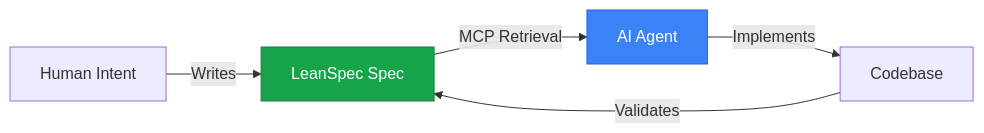
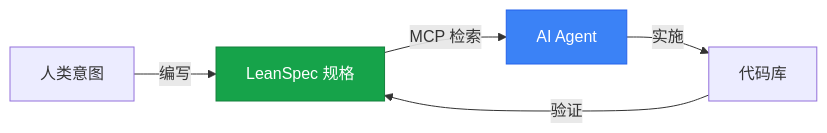
One commit to codervisor/lean-spec-docs changed the diagram in i18n/zh-Hans/docusaurus-plugin-content-docs/current/advanced/ai-agent-memory.mdx. Above: the diagram before and after it, drawn with Mermaid. The commit also changed other lines of this file and 4 other files, not shown here.

````diff
--- a/i18n/zh-Hans/docusaurus-plugin-content-docs/current/advanced/ai-agent-memory.mdx
+++ b/i18n/zh-Hans/docusaurus-plugin-content-docs/current/advanced/ai-agent-memory.mdx
@@ -110,10 +110,10 @@
 ```mermaid
 flowchart LR
-    Human[Human Intent] -->|Writes| Spec[LeanSpec Spec]
-    Spec -->|MCP Retrieval| AI[AI Agent]
-    AI -->|Implements| Code[Codebase]
-    Code -->|Validates| Spec
+    Human[人类意图] -->|编写| Spec[LeanSpec 规格]
+    Spec -->|MCP 检索| AI[AI Agent]
+    AI -->|实施| Code[代码库]
+    Code -->|验证| Spec
     
     style Spec fill:#16a34a,stroke:#15803d,color:#fff
     style AI fill:#3b82f6,stroke:#2563eb,color:#fff
 ```
````
